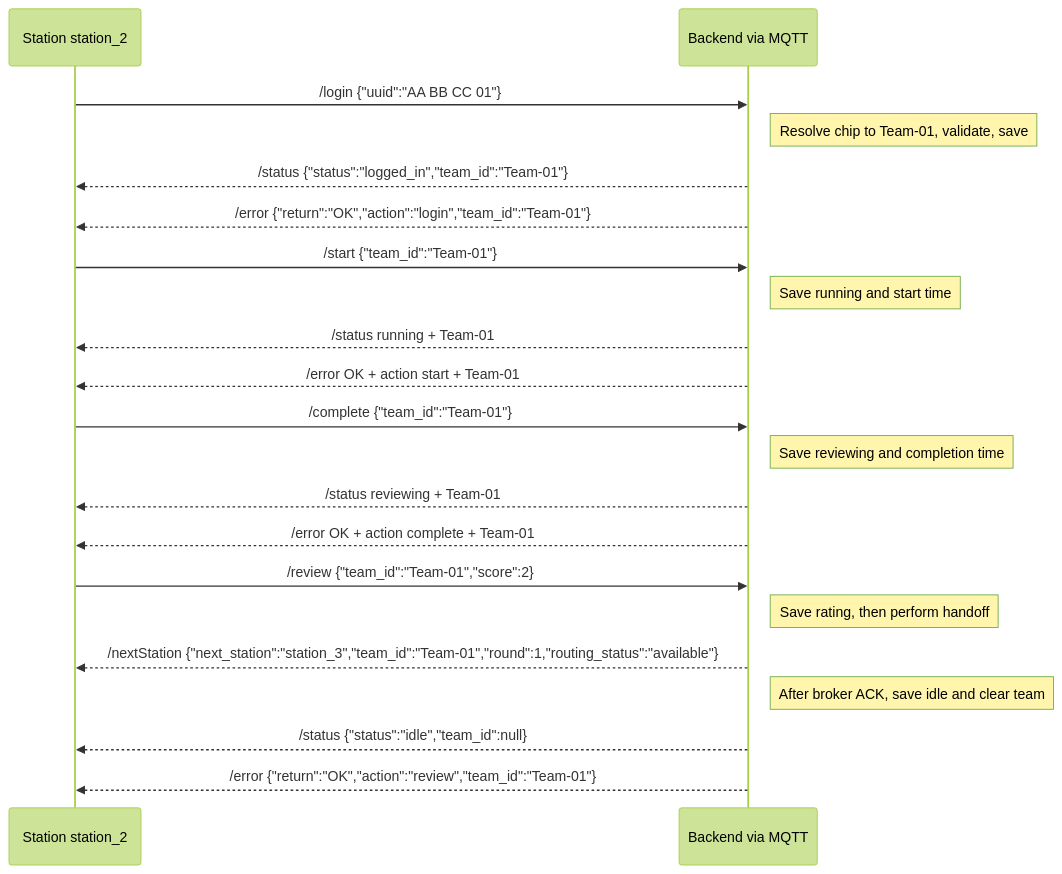
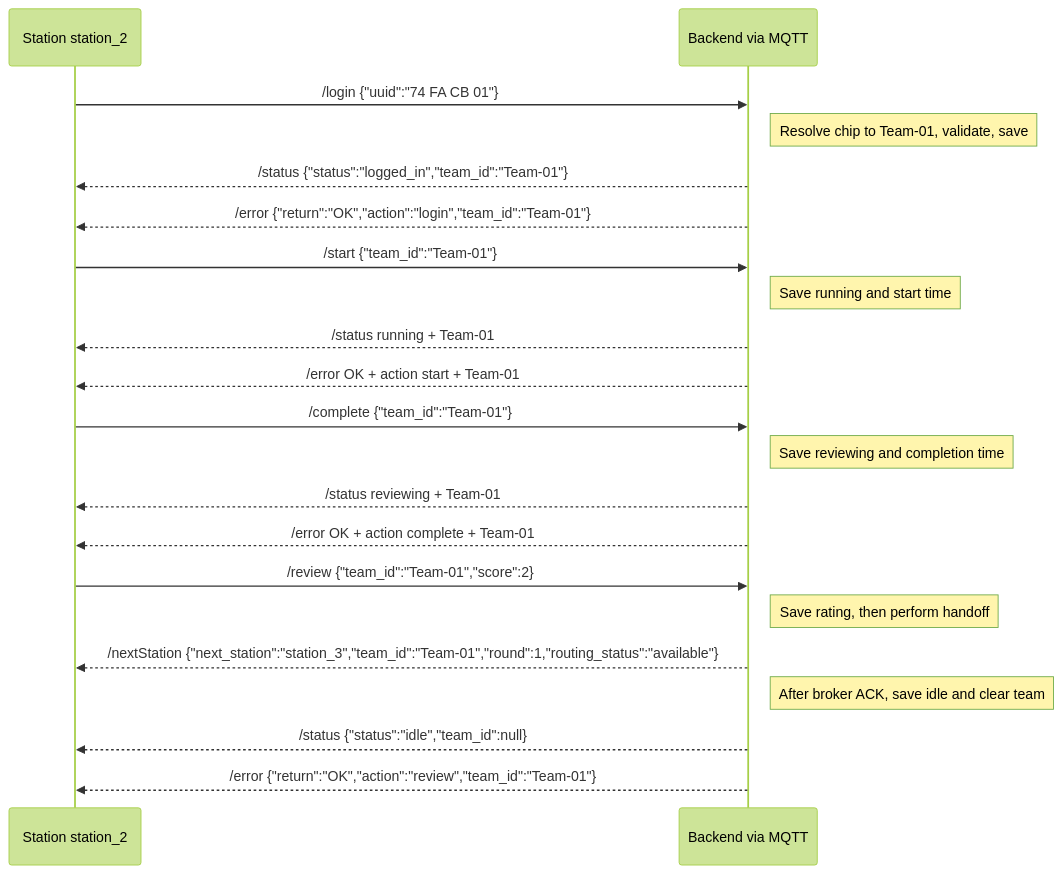
Before and after one commit to GnomUltras/backend: the second of 5 diagrams in README.md, drawn with Mermaid (forest theme). The commit also changed other lines of this file and 4 other files, not shown here.

````diff
--- a/README.md
+++ b/README.md
@@ -150,23 +150,23 @@
 ```mermaid
 sequenceDiagram
     participant S as Station station_2
     participant B as Backend via MQTT
-    S->>B: /login {"uuid":"AA BB CC 01"}
+    S->>B: /login {"uuid":"74 FA CB 01"}
     Note right of B: Resolve chip to Team-01, validate, save
     B-->>S: /status {"status":"logged_in","team_id":"Team-01"}
     B-->>S: /error {"return":"OK","action":"login","team_id":"Team-01"}
     S->>B: /start {"team_id":"Team-01"}
     Note right of B: Save running and start time
     B-->>S: /status running + Team-01
     B-->>S: /error OK + action start + Team-01
     S->>B: /complete {"team_id":"Team-01"}
     Note right of B: Save reviewing and completion time
     B-->>S: /status reviewing + Team-01
     B-->>S: /error OK + action complete + Team-01
     S->>B: /review {"team_id":"Team-01","score":2}
     Note right of B: Save rating, then perform handoff
     B-->>S: /nextStation {"next_station":"station_3","team_id":"Team-01","round":1,"routing_status":"available"}
     Note right of B: After broker ACK, save idle and clear team
     B-->>S: /status {"status":"idle","team_id":null}
     B-->>S: /error {"return":"OK","action":"review","team_id":"Team-01"}
 ```
````
